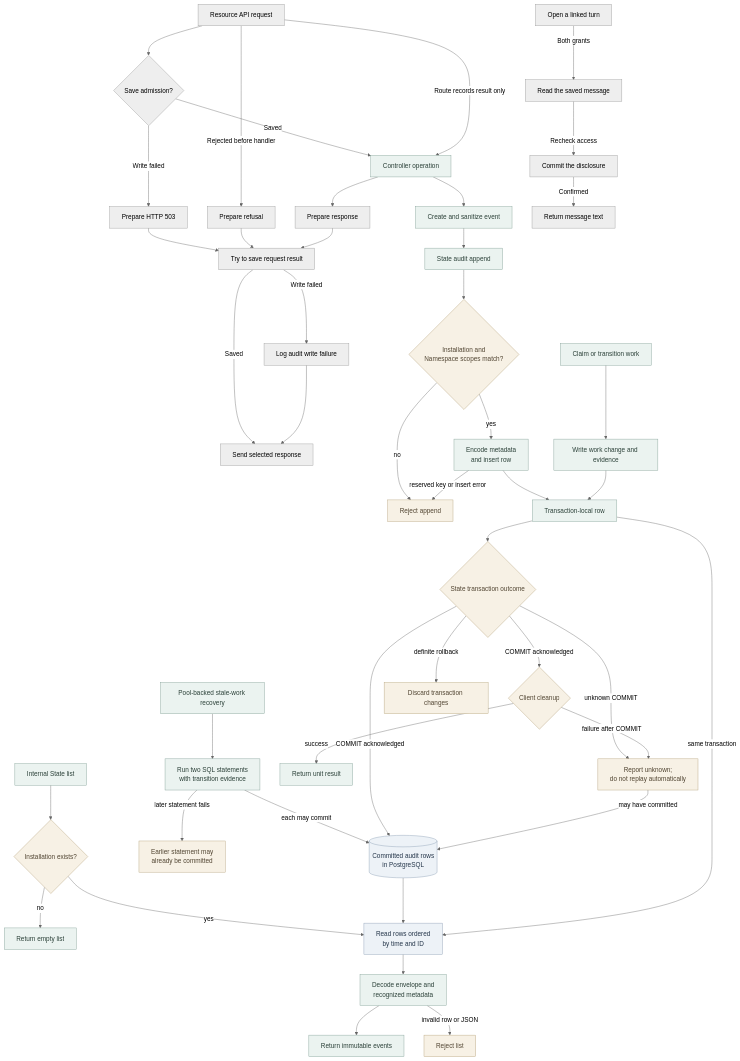
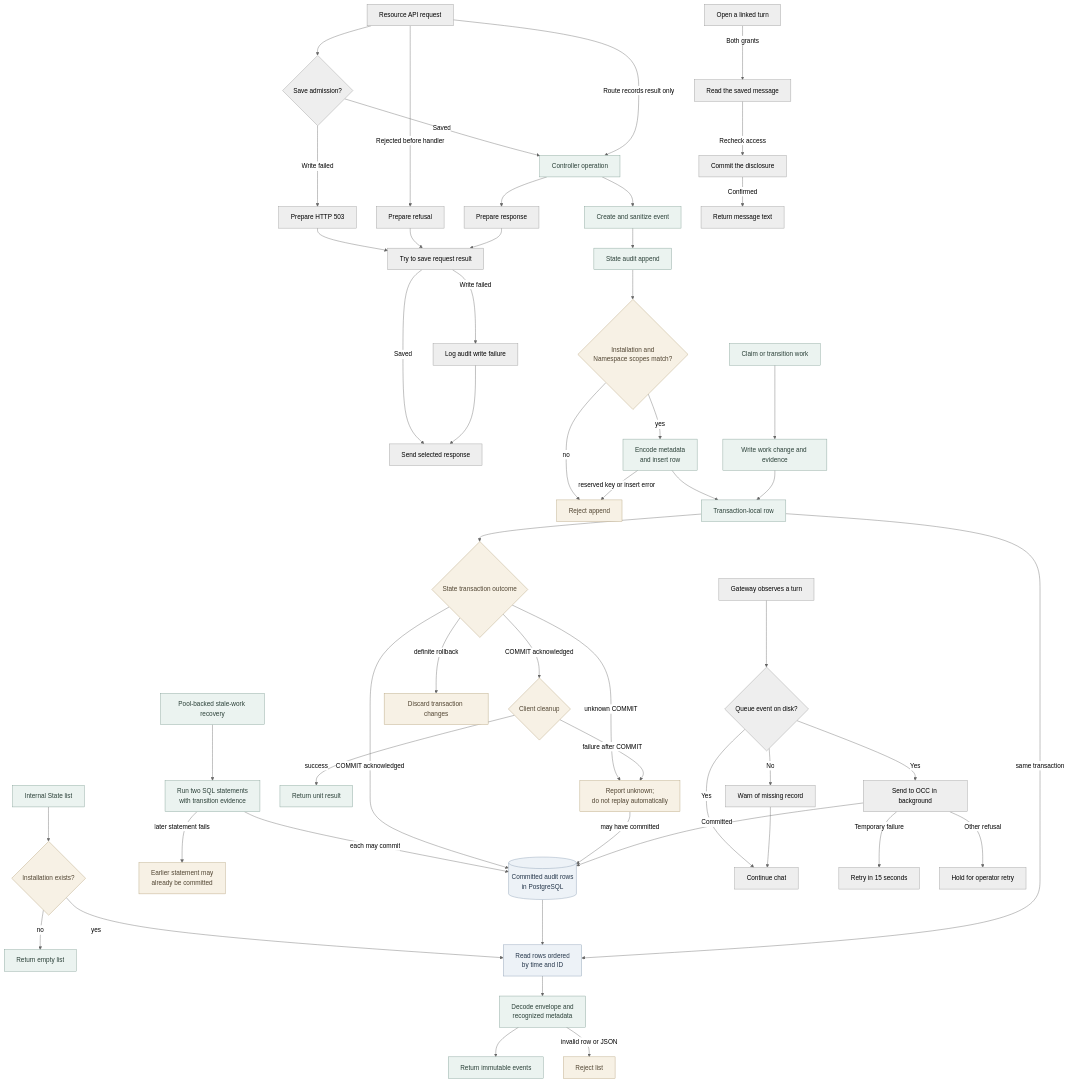
The diagram in docs/flows/audit-ledger.md (openclaw/openclaw-enterprise), drawn with Mermaid (neutral theme) before and after one commit. The commit also changed other lines of this file and 12 other files, not shown here.

First line of the commit message:
Queue Gateway turn records and keep rejected events for manual retry

````diff
--- a/docs/flows/audit-ledger.md
+++ b/docs/flows/audit-ledger.md
@@ -31,53 +30,61 @@
 ```mermaid
 graph TD
   HTTP["Resource API request"] --> Admission{"Save admission?"}
   Admission -->|Saved| Request
   Admission -->|Write failed| Refused["Prepare HTTP 503"]
   HTTP -->|Rejected before handler| RefusedEarly["Prepare refusal"]
   HTTP -->|Route records result only| Request
   Request --> HTTPResult["Prepare response"]
   Refused --> ResultEvent["Try to save request result"]
   RefusedEarly --> ResultEvent
   HTTPResult --> ResultEvent
   ResultEvent -->|Saved| Send["Send selected response"]
   ResultEvent -->|Write failed| Diagnostic["Log audit write failure"]
   Diagnostic --> Send
   Request["Controller operation"] --> Factory["Create and sanitize event"]
   Factory --> Append["State audit append"]
   Append --> Scope{"Installation and<br/>Namespace scopes match?"}
   Scope -->|yes| Encode["Encode metadata<br/>and insert row"]
   Scope -->|no| Reject["Reject append"]
   Encode --> Pending["Transaction-local row"]
   Encode -->|reserved key or insert error| Reject
   Queue["Claim or transition work"] --> QueueSQL["Write work change and evidence"]
   QueueSQL --> Pending
   DirectQueue["Pool-backed stale-work recovery"] --> DirectSQL["Run two SQL statements<br/>with transition evidence"]
   DirectSQL -->|each may commit| Ledger
   DirectSQL -->|later statement fails| Partial["Earlier statement may<br/>already be committed"]
   Pending --> Commit{"State transaction outcome"}
   Commit -->|COMMIT acknowledged| Ledger[("Committed audit rows<br/>in PostgreSQL")]
   Commit -->|COMMIT acknowledged| Cleanup{"Client cleanup"}
   Commit -->|definite rollback| RolledBack["Discard transaction changes"]
   Commit -->|unknown COMMIT| Unknown["Report unknown;<br/>do not replay automatically"]
   Unknown -->|may have committed| Ledger
   Cleanup -->|success| Returned["Return unit result"]
   Cleanup -->|failure after COMMIT| Unknown
   Reader["Internal State list"] --> Installation{"Installation exists?"}
   Installation -->|no| Empty["Return empty list"]
   Installation -->|yes| Rows["Read rows ordered<br/>by time and ID"]
   Ledger --> Rows
   Pending -->|same transaction| Rows
   Rows --> Decode["Decode envelope and<br/>recognized metadata"]
   Decode --> Result["Return immutable events"]
   Decode -->|invalid row or JSON| Error["Reject list"]
   Linked["Open a linked turn"] -->|Both grants| Lookup["Read the saved message"]
   Lookup -->|Recheck access| Disclose["Commit the disclosure"]
   Disclose -->|Confirmed| Text["Return message text"]
+  Gateway["Gateway observes a turn"] --> Local{"Queue event on disk?"}
+  Local -->|Yes| Continue["Continue chat"]
+  Local -->|Yes| Deliver["Send to OCC in background"]
+  Local -->|No| Warn["Warn of missing record"]
+  Warn --> Continue
+  Deliver -->|Temporary failure| Retry["Retry in 15 seconds"]
+  Deliver -->|Other refusal| Hold["Hold for operator retry"]
+  Deliver -->|Committed| Ledger
 
   classDef storage fill:#EDF2F7,stroke:#879AB0,color:#25364A,stroke-width:1px
   classDef operation fill:#EBF3F0,stroke:#7F9D93,color:#2B4038,stroke-width:1px
   classDef gate fill:#F7F1E5,stroke:#B3A078,color:#514532,stroke-width:1px
   class Ledger,Rows storage
   class Request,Factory,Append,Encode,Queue,QueueSQL,DirectQueue,DirectSQL,Pending,Reader,Decode,Result,Empty,Returned operation
   class Scope,Reject,Commit,RolledBack,Unknown,Cleanup,Installation,Error,Partial gate
 ```
````
